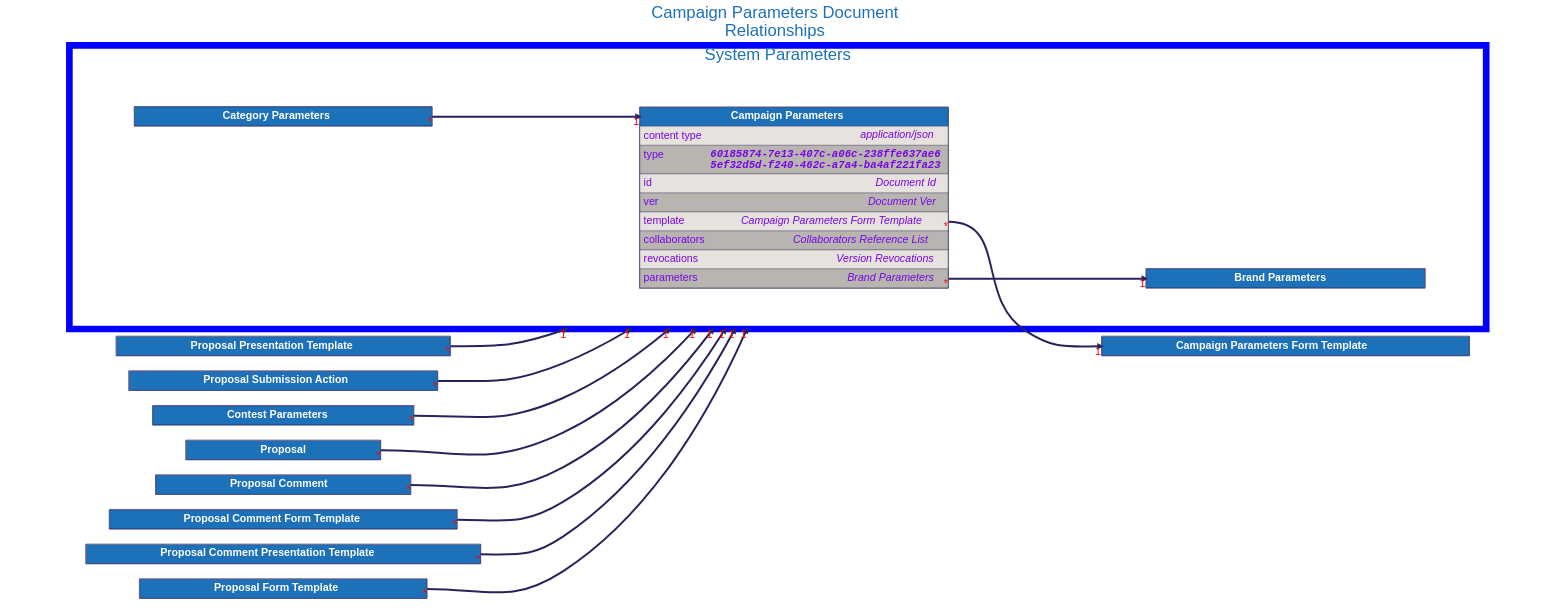
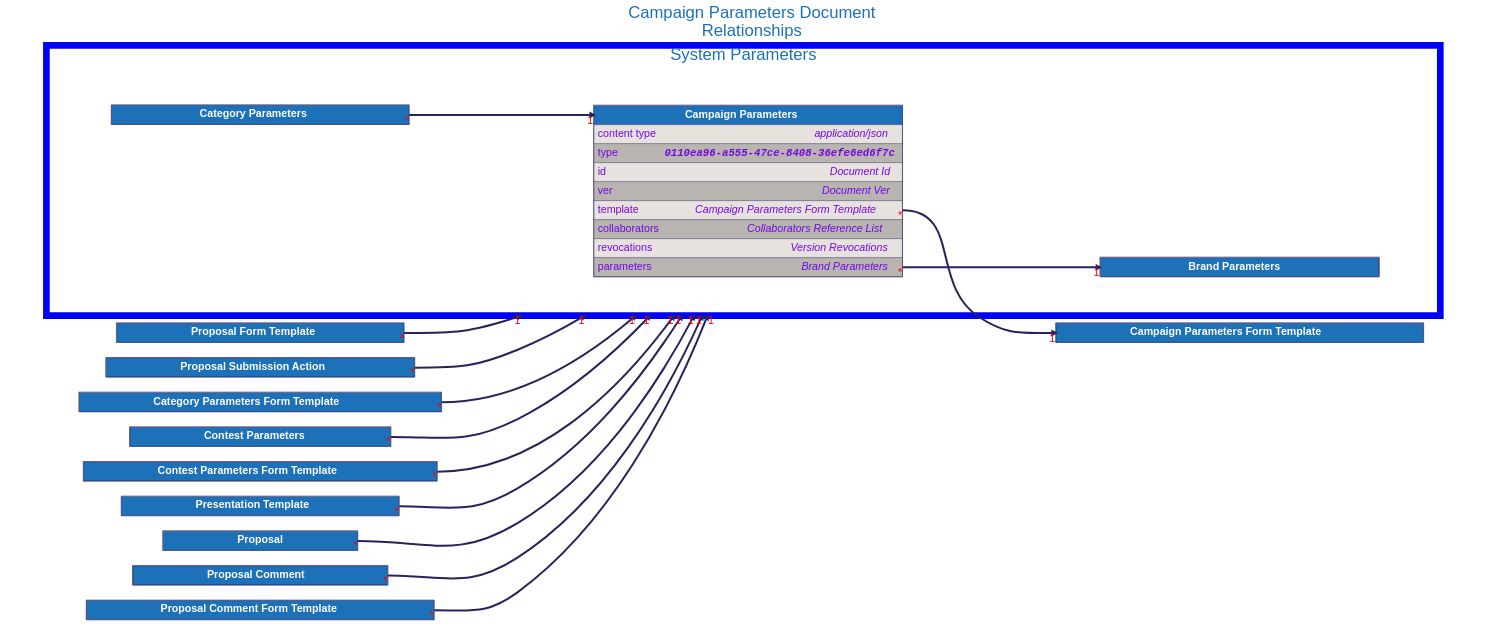
The diagram in docs/src/architecture/08_concepts/signed_doc/diagrams/campaign_parameters.dot (input-output-hk/catalyst-libs), drawn with Graphviz before and after one commit. The commit also changed 466 other files, not shown here.

```diff
--- a/docs/src/architecture/08_concepts/signed_doc/diagrams/campaign_parameters.dot
+++ b/docs/src/architecture/08_concepts/signed_doc/diagrams/campaign_parameters.dot
@@ -28,6 +28,21 @@
     ];
 
 
+    "Category Parameters Form Template" [
+        id="Category Parameters Form Template";
+        label=<
+            <TABLE BORDER="2" COLOR="#29235c" CELLBORDER="1" CELLSPACING="0" CELLPADDING="10">
+            <TR>
+                <TD PORT="title" BGCOLOR="#1d71b8" HREF="../category_parameters_form_template/">
+                    <FONT COLOR="#ffffff"><B> Category Parameters Form Template </B></FONT>
+                </TD>
+            </TR>
+
+            </TABLE>
+        >
+    ];
+
+
     "Contest Parameters" [
         id="Contest Parameters";
         label=<
@@ -35,6 +50,36 @@
             <TR>
                 <TD PORT="title" BGCOLOR="#1d71b8" HREF="../contest_parameters/">
                     <FONT COLOR="#ffffff"><B> Contest Parameters </B></FONT>
+                </TD>
+            </TR>
+
+            </TABLE>
+        >
+    ];
+
+
+    "Contest Parameters Form Template" [
+        id="Contest Parameters Form Template";
+        label=<
+            <TABLE BORDER="2" COLOR="#29235c" CELLBORDER="1" CELLSPACING="0" CELLPADDING="10">
+            <TR>
+                <TD PORT="title" BGCOLOR="#1d71b8" HREF="../contest_parameters_form_template/">
+                    <FONT COLOR="#ffffff"><B> Contest Parameters Form Template </B></FONT>
+                </TD>
+            </TR>
+
+            </TABLE>
+        >
+    ];
+
+
+    "Presentation Template" [
+        id="Presentation Template";
+        label=<
+            <TABLE BORDER="2" COLOR="#29235c" CELLBORDER="1" CELLSPACING="0" CELLPADDING="10">
+            <TR>
+                <TD PORT="title" BGCOLOR="#1d71b8" HREF="../presentation_template/">
+                    <FONT COLOR="#ffffff"><B> Presentation Template </B></FONT>
                 </TD>
             </TR>
 
@@ -88,21 +133,6 @@
     ];
 
 
-    "Proposal Comment Presentation Template" [
-        id="Proposal Comment Presentation Template";
-        label=<
-            <TABLE BORDER="2" COLOR="#29235c" CELLBORDER="1" CELLSPACING="0" CELLPADDING="10">
-            <TR>
-                <TD PORT="title" BGCOLOR="#1d71b8" HREF="../proposal_comment_presentation_template/">
-                    <FONT COLOR="#ffffff"><B> Proposal Comment Presentation Template </B></FONT>
-                </TD>
-            </TR>
-
-            </TABLE>
-        >
-    ];
-
-
     "Proposal Form Template" [
         id="Proposal Form Template";
         label=<
@@ -110,21 +140,6 @@
             <TR>
                 <TD PORT="title" BGCOLOR="#1d71b8" HREF="../proposal_form_template/">
                     <FONT COLOR="#ffffff"><B> Proposal Form Template </B></FONT>
-                </TD>
-            </TR>
-
-            </TABLE>
-        >
-    ];
-
-
-    "Proposal Presentation Template" [
-        id="Proposal Presentation Template";
-        label=<
-            <TABLE BORDER="2" COLOR="#29235c" CELLBORDER="1" CELLSPACING="0" CELLPADDING="10">
-            <TR>
-                <TD PORT="title" BGCOLOR="#1d71b8" HREF="../proposal_presentation_template/">
-                    <FONT COLOR="#ffffff"><B> Proposal Presentation Template </B></FONT>
                 </TD>
             </TR>
 
@@ -192,7 +207,7 @@
                         <TABLE CELLPADDING="0" CELLSPACING="0" BORDER="0">
                             <TR>
                                 <TD ALIGN="LEFT" VALIGN="TOP" WIDTH="200"><FONT COLOR="#7706E5">type</FONT></TD>
-                                <TD ALIGN="RIGHT"><FONT FACE="Courier" COLOR="#7706E5"><B><I>60185874-7e13-407c-a06c-238ffe637ae6<BR />5ef32d5d-f240-462c-a7a4-ba4af221fa23</I></B></FONT></TD>
+                                <TD ALIGN="RIGHT"><FONT FACE="Courier" COLOR="#7706E5"><B><I>0110ea96-a555-47ce-8408-36efe6ed6f7c</I></B></FONT></TD>
                             </TR>
                         </TABLE>
                     </TD>
@@ -282,12 +297,13 @@
     "Campaign Parameters":"template":e -> "Campaign Parameters Form Template":"title":w [dir=forward, penwidth=6, color="#29235c", headlabel="1", taillabel="*"]
     "Campaign Parameters":"parameters":e -> "Brand Parameters":"title":w [dir=forward, penwidth=6, color="#29235c", headlabel="1", taillabel="*"]
     "Category Parameters":"title":e -> "Campaign Parameters":"title":w [dir=forward, penwidth=6, color="#29235c", headlabel="1", taillabel="*"]
+    "Category Parameters Form Template":"title":e -> "Campaign Parameters" [dir=forward, penwidth=6, color="#29235c", headlabel="1", taillabel="*", lhead="cluster_system_parameters"]
     "Contest Parameters":"title":e -> "Campaign Parameters" [dir=forward, penwidth=6, color="#29235c", headlabel="1", taillabel="*", lhead="cluster_system_parameters"]
+    "Contest Parameters Form Template":"title":e -> "Campaign Parameters" [dir=forward, penwidth=6, color="#29235c", headlabel="1", taillabel="*", lhead="cluster_system_parameters"]
+    "Presentation Template":"title":e -> "Campaign Parameters" [dir=forward, penwidth=6, color="#29235c", headlabel="1", taillabel="*", lhead="cluster_system_parameters"]
     "Proposal":"title":e -> "Campaign Parameters" [dir=forward, penwidth=6, color="#29235c", headlabel="1", taillabel="*", lhead="cluster_system_parameters"]
     "Proposal Comment":"title":e -> "Campaign Parameters" [dir=forward, penwidth=6, color="#29235c", headlabel="1", taillabel="*", lhead="cluster_system_parameters"]
     "Proposal Comment Form Template":"title":e -> "Campaign Parameters" [dir=forward, penwidth=6, color="#29235c", headlabel="1", taillabel="*", lhead="cluster_system_parameters"]
-    "Proposal Comment Presentation Template":"title":e -> "Campaign Parameters" [dir=forward, penwidth=6, color="#29235c", headlabel="1", taillabel="*", lhead="cluster_system_parameters"]
     "Proposal Form Template":"title":e -> "Campaign Parameters" [dir=forward, penwidth=6, color="#29235c", headlabel="1", taillabel="*", lhead="cluster_system_parameters"]
-    "Proposal Presentation Template":"title":e -> "Campaign Parameters" [dir=forward, penwidth=6, color="#29235c", headlabel="1", taillabel="*", lhead="cluster_system_parameters"]
     "Proposal Submission Action":"title":e -> "Campaign Parameters" [dir=forward, penwidth=6, color="#29235c", headlabel="1", taillabel="*", lhead="cluster_system_parameters"]
 }
```
